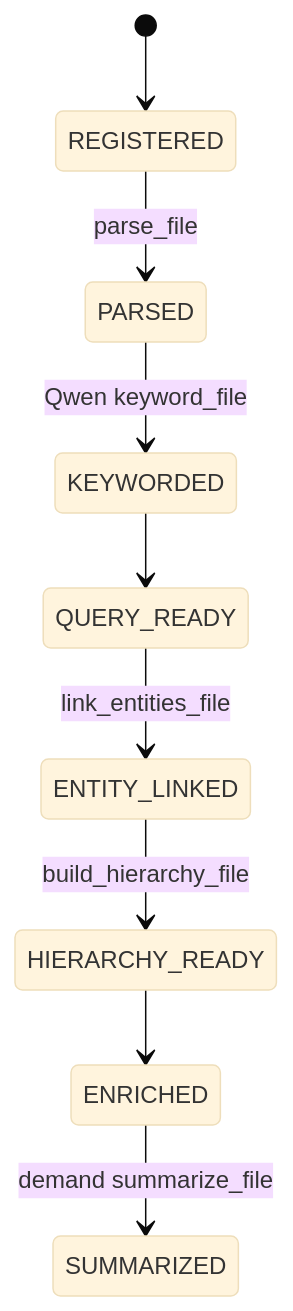
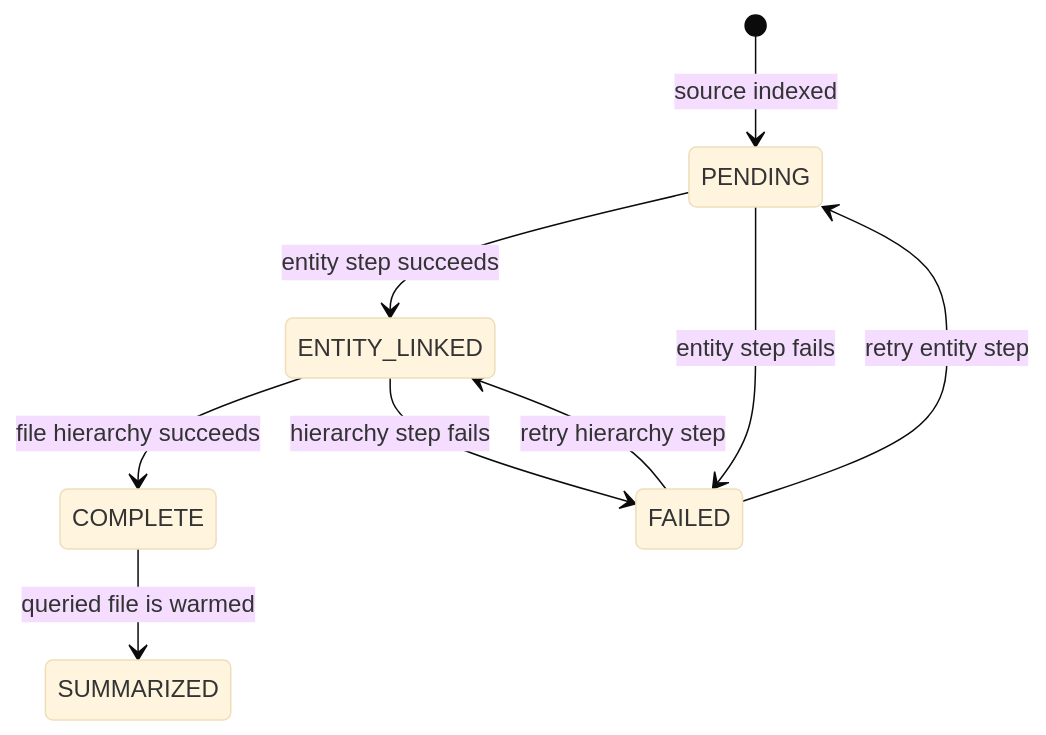
One commit to yafitzdev/fitz changed the diagram in docs/ENRICHMENT.md. Above: the diagram before and after it, drawn with Mermaid (base theme). The commit also changed other lines of this file and 446 other files, not shown here.

````diff
--- a/docs/ENRICHMENT.md
+++ b/docs/ENRICHMENT.md
@@ -20,11 +30,11 @@
 ```mermaid
 stateDiagram-v2
-    [*] --> REGISTERED
-    REGISTERED --> PARSED: parse_file
-    PARSED --> KEYWORDED: Qwen keyword_file
-    KEYWORDED --> QUERY_READY
-    QUERY_READY --> ENTITY_LINKED: link_entities_file
-    ENTITY_LINKED --> HIERARCHY_READY: build_hierarchy_file
-    HIERARCHY_READY --> ENRICHED
-    ENRICHED --> SUMMARIZED: demand summarize_file
+    [*] --> PENDING: source indexed
+    PENDING --> ENTITY_LINKED: entity step succeeds
+    ENTITY_LINKED --> COMPLETE: file hierarchy succeeds
+    COMPLETE --> SUMMARIZED: queried file is warmed
+    PENDING --> FAILED: entity step fails
+    ENTITY_LINKED --> FAILED: hierarchy step fails
+    FAILED --> PENDING: retry entity step
+    FAILED --> ENTITY_LINKED: retry hierarchy step
 ```
````
